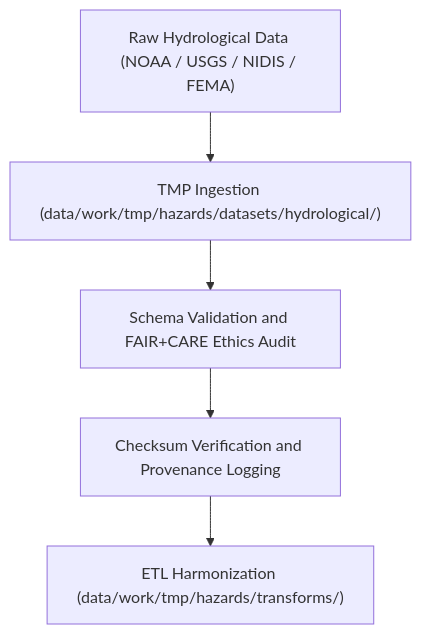
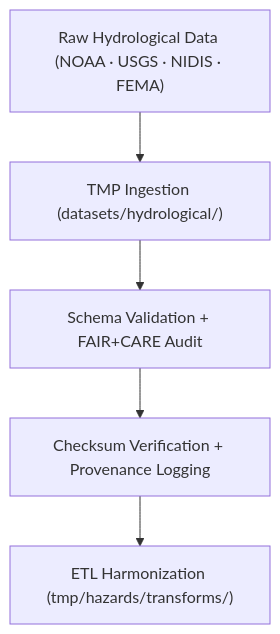
The diagram in data/work/tmp/hazards/datasets/hydrological/README.md (bartytime4life/Kansas-Frontier-Matrix), drawn with Mermaid before and after one commit. The commit also changed other lines of this file, not shown here.

````diff
--- a/data/work/tmp/hazards/datasets/hydrological/README.md
+++ b/data/work/tmp/hazards/datasets/hydrological/README.md
@@ -63,7 +64,7 @@
 ```mermaid
 flowchart TD
-    A["Raw Hydrological Data (NOAA / USGS / NIDIS / FEMA)"] --> B["TMP Ingestion (data/work/tmp/hazards/datasets/hydrological/)"]
-    B --> C["Schema Validation and FAIR+CARE Ethics Audit"]
-    C --> D["Checksum Verification and Provenance Logging"]
-    D --> E["ETL Harmonization (data/work/tmp/hazards/transforms/)"]
+    A["Raw Hydrological Data (NOAA · USGS · NIDIS · FEMA)"] --> B["TMP Ingestion (datasets/hydrological/)"]
+    B --> C["Schema Validation + FAIR+CARE Audit"]
+    C --> D["Checksum Verification + Provenance Logging"]
+    D --> E["ETL Harmonization (tmp/hazards/transforms/)"]
 ```
````
